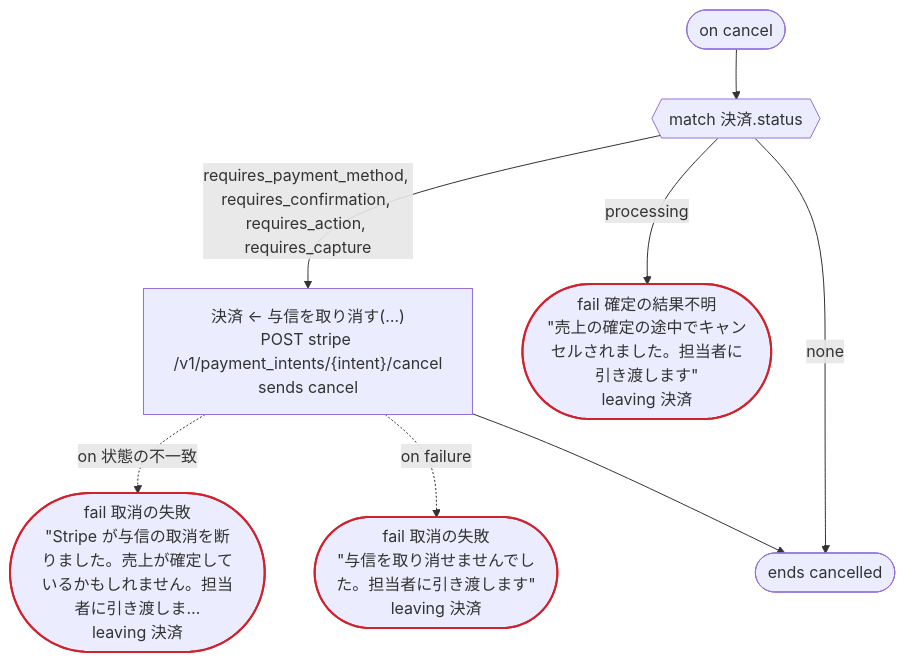
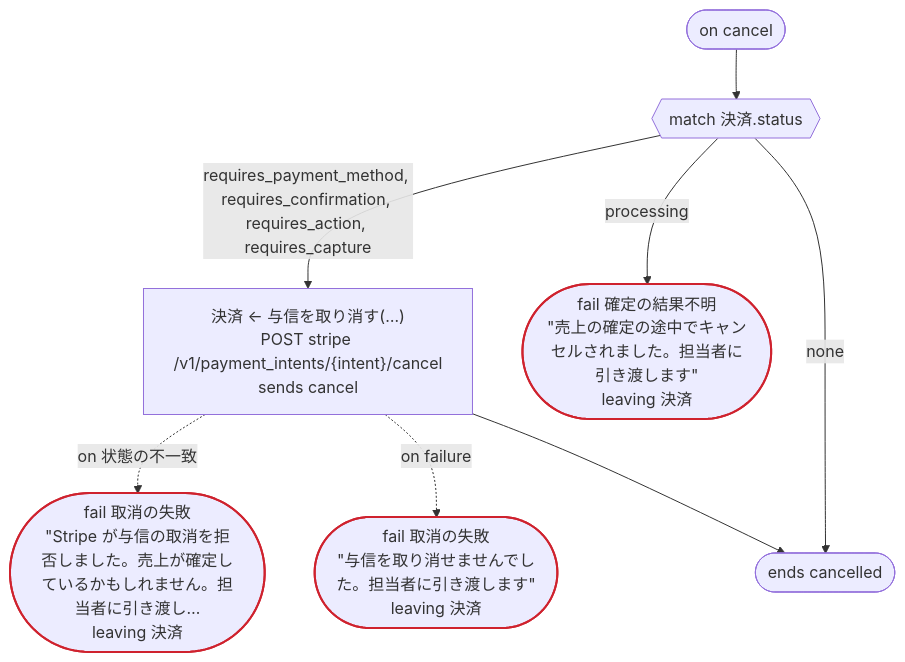
One commit to i2y/ritsu changed the third of 4 diagrams in crates/dandori/tests/doc/examples-hotel-temporal-hotel-ja.en.md. Above: the diagram before and after it, drawn with Mermaid. The commit also changed other lines of this file and 523 other files, not shown here.

````diff
--- a/crates/dandori/tests/doc/examples-hotel-temporal-hotel-ja.en.md
+++ b/crates/dandori/tests/doc/examples-hotel-temporal-hotel-ja.en.md
@@ -107,20 +107,20 @@
 ```mermaid
 flowchart TD
     onc(["on cancel"])
     s36{{"match 決済.status"}}
     s38["決済 ← 与信を取り消す(…)<br>POST stripe /v1/payment_intents/{intent}/cancel<br>sends cancel"]
-    s39(["fail 取消の失敗<br>#quot;Stripe が与信の取消を断りました。売上が確定しているかもしれません。担当者に引き渡しま…<br>leaving 決済"])
+    s39(["fail 取消の失敗<br>#quot;Stripe が与信の取消を拒否しました。売上が確定しているかもしれません。担当者に引き渡し…<br>leaving 決済"])
     s40(["fail 取消の失敗<br>#quot;与信を取り消せませんでした。担当者に引き渡します#quot;<br>leaving 決済"])
     s41(["fail 確定の結果不明<br>#quot;売上の確定の途中でキャンセルされました。担当者に引き渡します#quot;<br>leaving 決済"])
     oncEnd(["ends cancelled"])
     onc --> s36
     s36 -->|"requires_payment_method, requires_confirmation, requires_action, requires_capture"| s38
     s38 -.->|"on 状態の不一致"| s39
     s38 -.->|"on failure"| s40
     s36 -->|"processing"| s41
     s36 -->|"none"| oncEnd
     s38 --> oncEnd
     classDef ok stroke:#2da44e,stroke-width:2px
     classDef bad stroke:#cf222e,stroke-width:2px
     class s39,s40,s41 bad
 ```
````
